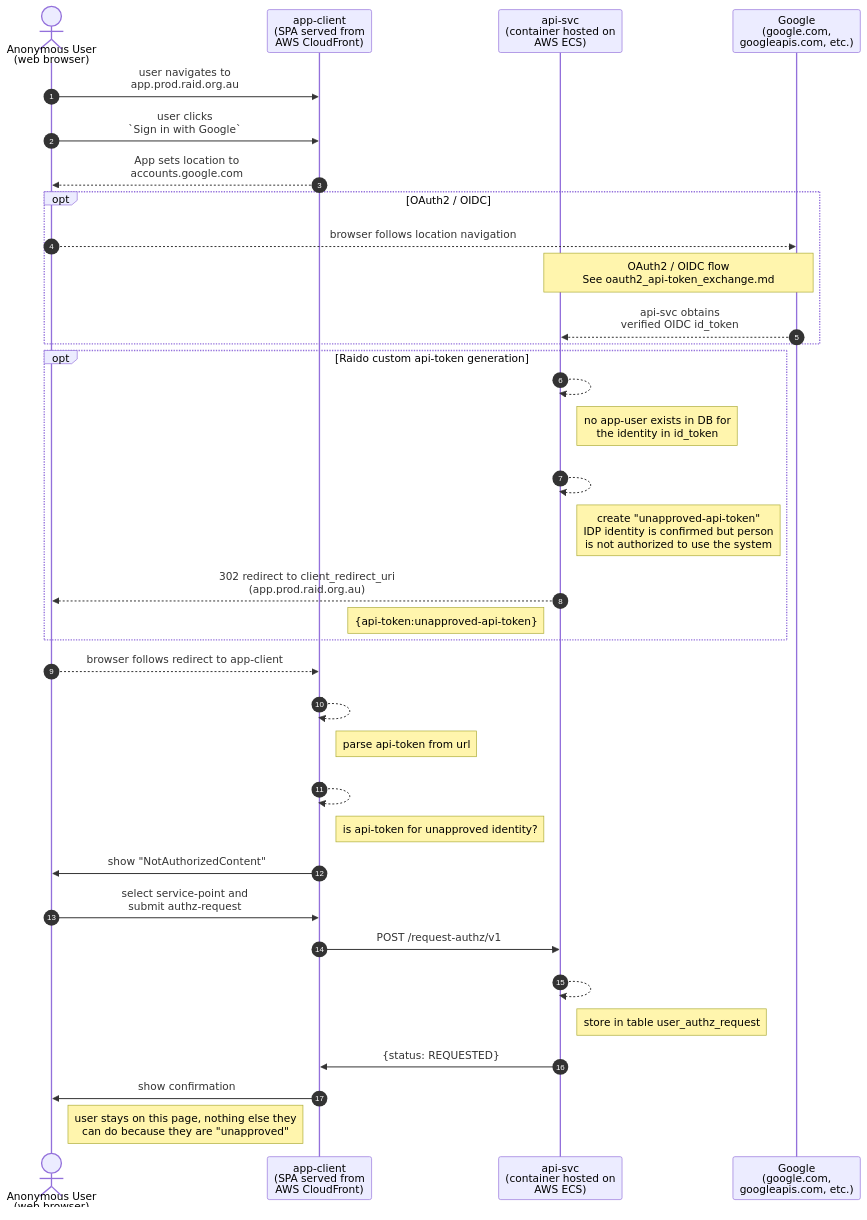
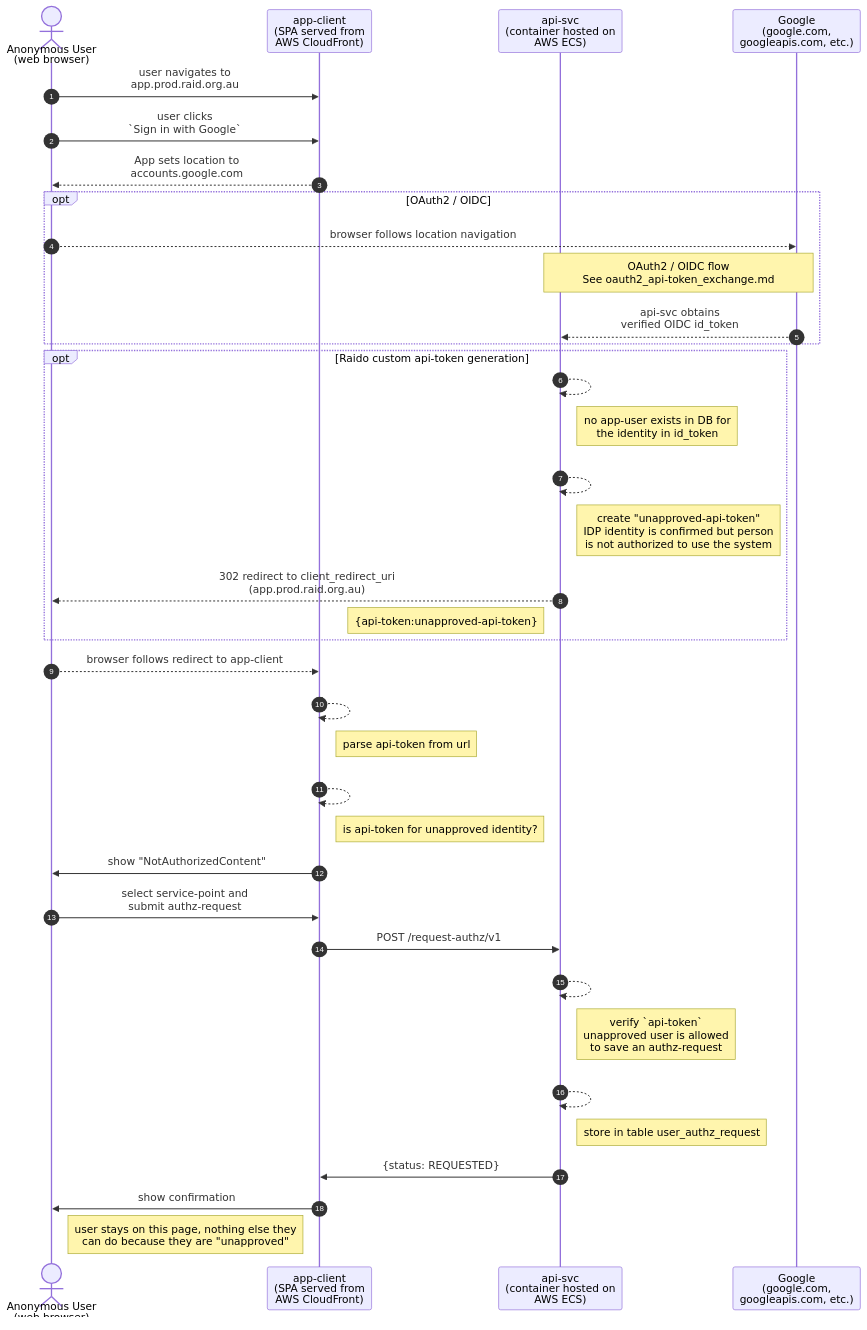
Before and after one commit to au-research/raido: the first of 2 diagrams in doc/security/access-control/authorization/app-user-authz-request-flow.md, drawn with Mermaid.

````diff
--- a/doc/security/access-control/authorization/app-user-authz-request-flow.md
+++ b/doc/security/access-control/authorization/app-user-authz-request-flow.md
@@ -22,52 +22,55 @@
 ```mermaid
 sequenceDiagram
 autonumber
 actor user as Anonymous User<br/>(web browser)
 participant app as app-client<br/>(SPA served from<br/> AWS CloudFront) 
 participant api as api-svc<br/>(container hosted on<br/>AWS ECS)
 participant idp as Google<br/>(google.com,<br/>googleapis.com, etc.)
 
 user->>app: user navigates to <br/>app.prod.raid.org.au
 user->>app: user clicks<br/>`Sign in with Google`
 app-->>user: App sets location to <br/>accounts.google.com
 
 opt OAuth2 / OIDC
   user-->>idp: browser follows location navigation
     Note over api, idp: OAuth2 / OIDC flow<br/>See oauth2_api-token_exchange.md
   idp-->>api: api-svc obtains<br/>verified OIDC id_token
 end
 
 opt Raido custom api-token generation
   api-->>api: 
     note right of api: no app-user exists in DB for<br/>the identity in id_token
 
   api-->>api: _
     note right of api: create "unapproved-api-token"<br/>IDP identity is confirmed but person<br/>is not authorized to use the system
 
   api-->>user: 302 redirect to client_redirect_uri<br/>(app.prod.raid.org.au)
   note left of api: {api-token:unapproved-api-token}
 
 end
 
 user-->>app: browser follows redirect to app-client
 app-->>app: _
   note right of app: parse api-token from url
 
 app-->>app: _
   note right of app: is api-token for unapproved identity?
 
 app->>user: show "NotAuthorizedContent"
 
 user->>app: select service-point and<br/>submit authz-request
 
 app->>api: POST /request-authz/v1
 
 api-->>api: _
+note right of api: verify `api-token`<br/>unapproved user is allowed <br/>to save an authz-request
+
+api-->>api: _
   note right of api: store in table user_authz_request
 
 api->>app: {status: REQUESTED}
 
 app->>user: show confirmation
 
 note right of user: user stays on this page, nothing else they<br/>can do because they are "unapproved"
 ```
````
